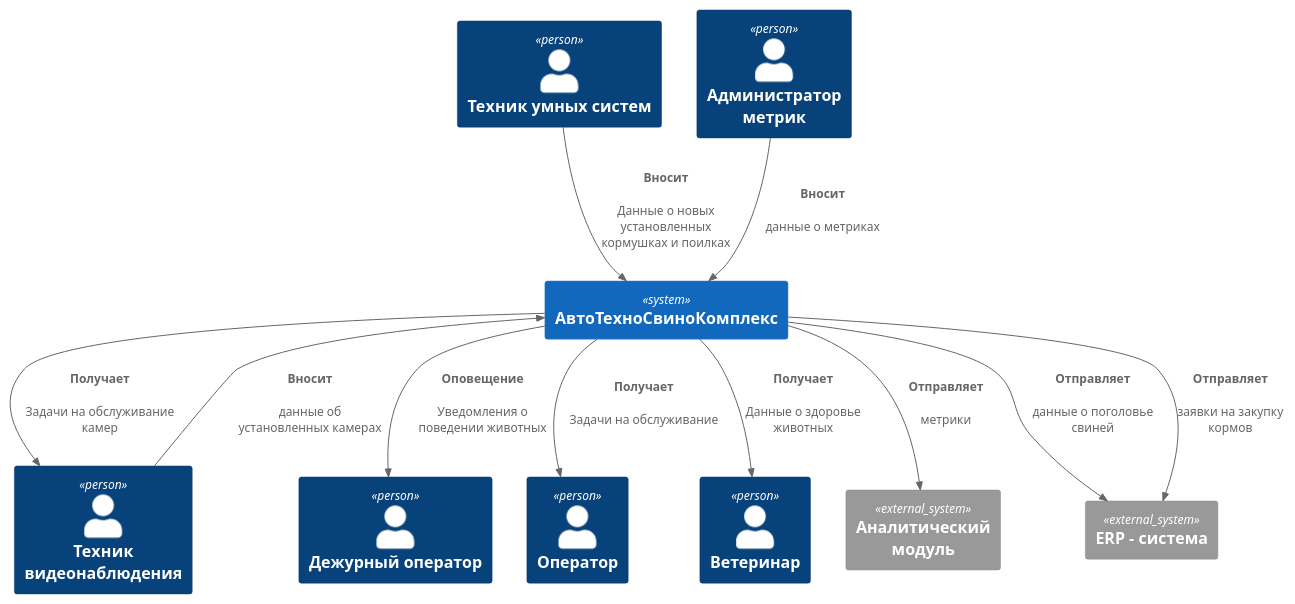
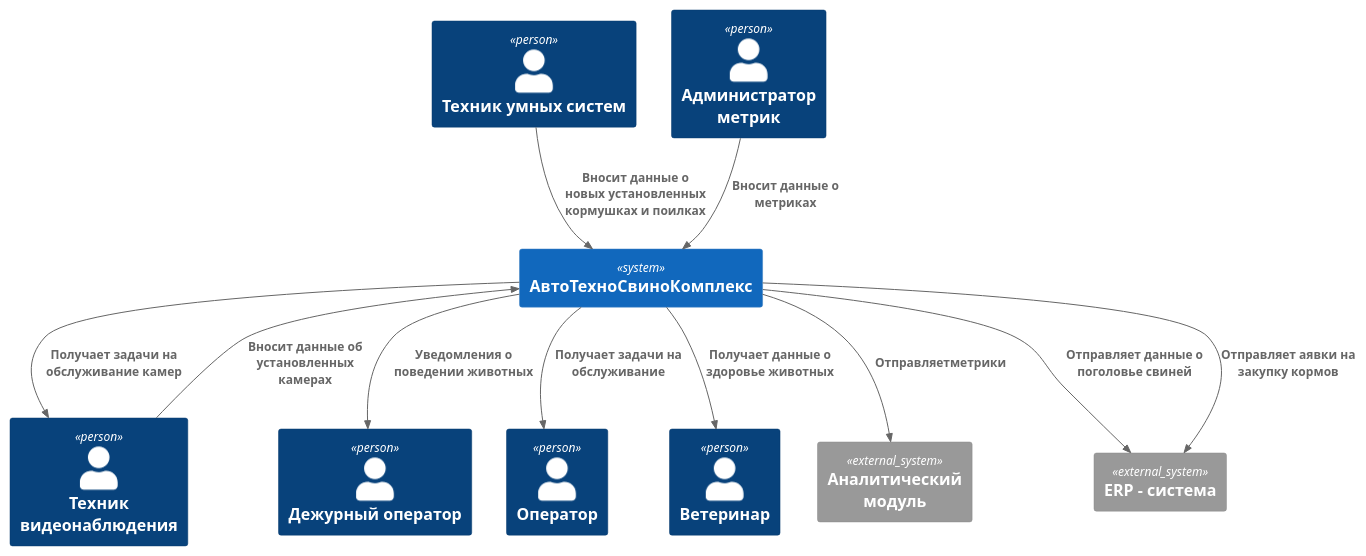
One commit to mirray/MSA-AgroTech changed the diagram in Task1/ATCK_C4_Context.puml. Above: the diagram before and after it, drawn with PlantUML. The commit also changed 1 other file, not shown here.

```diff
--- a/Task1/ATCK_C4_Context.puml
+++ b/Task1/ATCK_C4_Context.puml
@@ -1,26 +1,26 @@
 @startuml Архитектура_АвтоТехноСвиноКомплекс_v1
 !include <C4/C4_Context>
 
 ' === Участники ===
 Person(duty_operator, "Дежурный оператор")
 Person(technican, "Техник умных систем")
 Person(cv_technican, "Техник видеонаблюдения")
 Person(operator, "Оператор")
 Person(vet, "Ветеринар")
 Person(metric_admin, "Администратор метрик")
 
 System(atck, "АвтоТехноСвиноКомплекс")
 System_Ext(analytic, "Аналитический модуль")
 System_Ext(erp, "ERP - система")
 
-Rel(atck, duty_operator, "Оповещение","","Уведомления о поведении животных")
-Rel(atck, operator, "Получает", "" ,"Задачи на обслуживание")
-Rel(atck, vet, "Получает", "", "Данные о здоровье животных")
-Rel(technican, atck,"Вносит", "", "Данные о новых установленных кормушках и поилках")
-Rel(atck, analytic, "Отправляет", "", "метрики")
-Rel(atck, erp, "Отправляет", "", "данные о поголовье свиней")
-Rel(atck, erp, "Отправляет", "", "заявки на закупку кормов")
-Rel(metric_admin, atck,"Вносит", "", "данные о метриках")
-Rel(cv_technican, atck,"Вносит", "", "данные об установленных камерах")
-Rel(atck, cv_technican, "Получает", "" ,"Задачи на обслуживание камер")
+Rel(atck, duty_operator, "Уведомления о поведении животных")
+Rel(atck, operator, "Получает задачи на обслуживание")
+Rel(atck, vet, "Получает данные о здоровье животных")
+Rel(technican, atck,"Вносит данные о новых установленных кормушках и поилках")
+Rel(atck, analytic, "Отправляетметрики")
+Rel(atck, erp, "Отправляет данные о поголовье свиней")
+Rel(atck, erp, "Отправляет аявки на закупку кормов")
+Rel(metric_admin, atck,"Вносит данные о метриках")
+Rel(cv_technican, atck,"Вносит данные об установленных камерах")
+Rel(atck, cv_technican, "Получает задачи на обслуживание камер")
 @enduml
```
